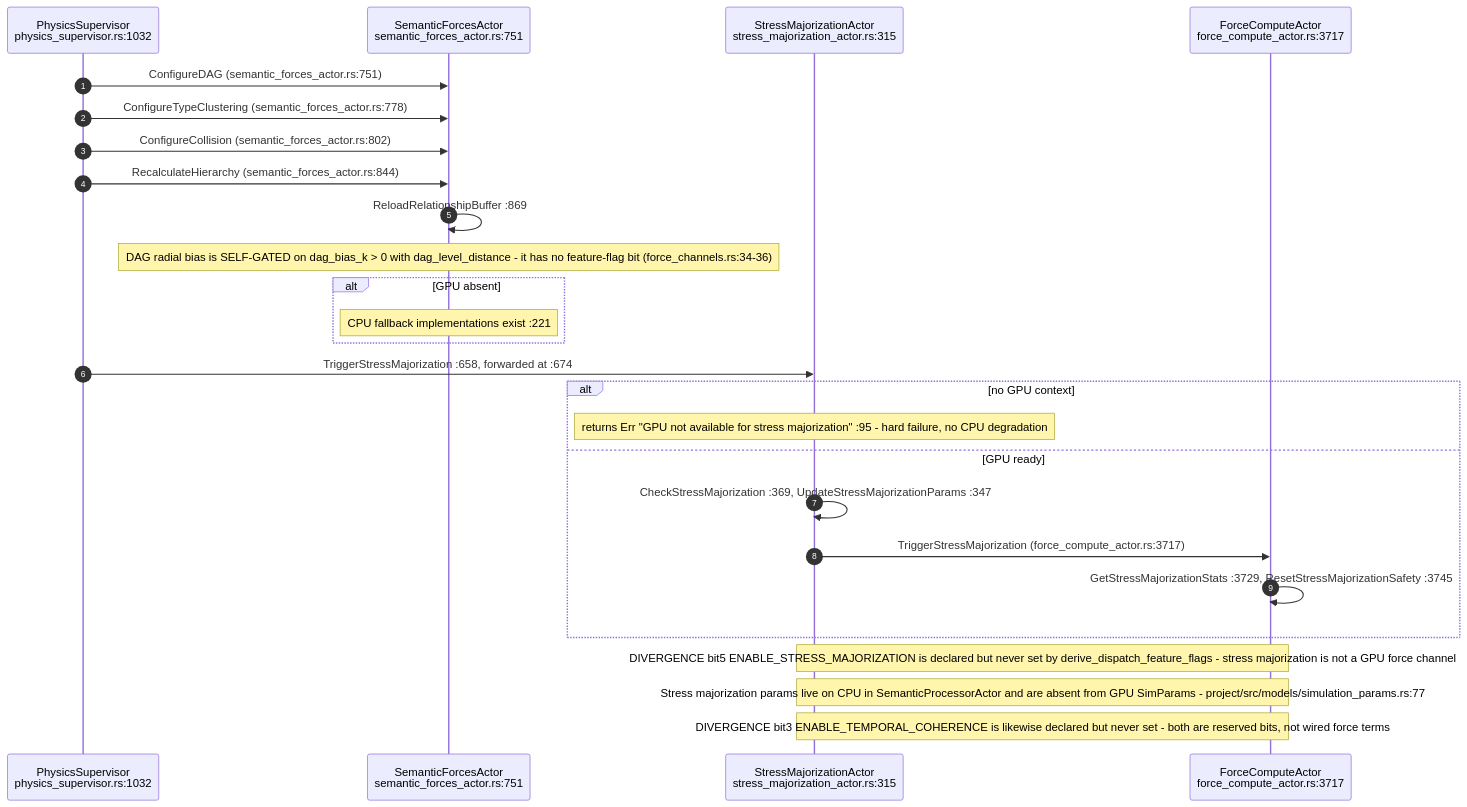
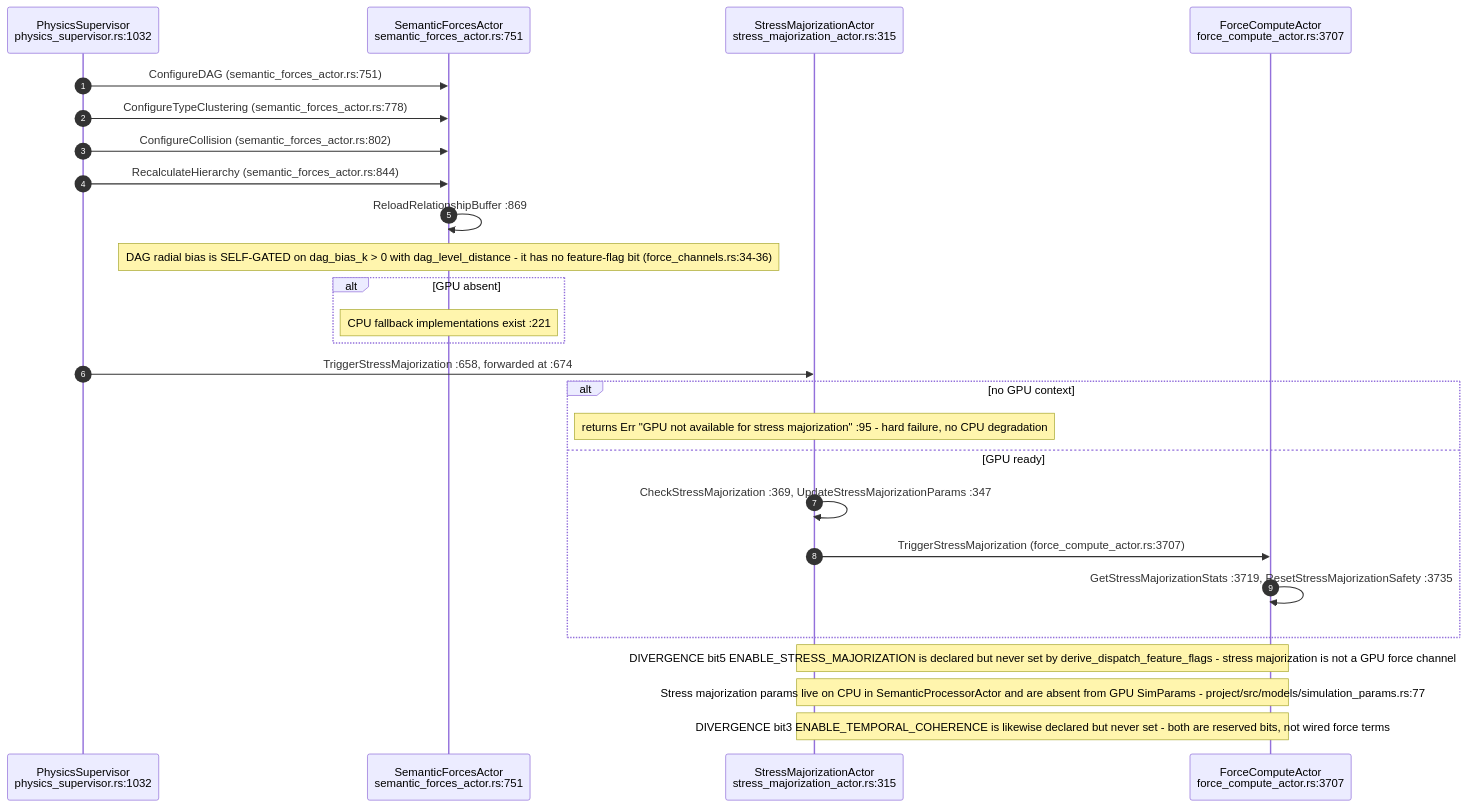
Before and after one commit to DreamLab-AI/VisionFlow: the sixth of 8 diagrams in docs/diagrams/visionclaw/11-physics-step-and-force-channels.md, drawn with Mermaid. The commit also changed other lines of this file and 31 other files, not shown here.

````diff
--- a/docs/diagrams/visionclaw/11-physics-step-and-force-channels.md
+++ b/docs/diagrams/visionclaw/11-physics-step-and-force-channels.md
@@ -215,29 +215,29 @@
 ```mermaid
 sequenceDiagram
     autonumber
     participant PS as PhysicsSupervisor<br/>physics_supervisor.rs:1032
     participant SFA as SemanticForcesActor<br/>semantic_forces_actor.rs:751
     participant SMA as StressMajorizationActor<br/>stress_majorization_actor.rs:315
-    participant FCA as ForceComputeActor<br/>force_compute_actor.rs:3717
+    participant FCA as ForceComputeActor<br/>force_compute_actor.rs:3707
 
     PS->>SFA: ConfigureDAG (semantic_forces_actor.rs:751)
     PS->>SFA: ConfigureTypeClustering (semantic_forces_actor.rs:778)
     PS->>SFA: ConfigureCollision (semantic_forces_actor.rs:802)
     PS->>SFA: RecalculateHierarchy (semantic_forces_actor.rs:844)
     SFA->>SFA: ReloadRelationshipBuffer :869
     Note over SFA: DAG radial bias is SELF-GATED on dag_bias_k > 0 with dag_level_distance - it has no feature-flag bit (force_channels.rs:34-36)
     alt GPU absent
         Note over SFA: CPU fallback implementations exist :221
     end
     PS->>SMA: TriggerStressMajorization :658, forwarded at :674
     alt no GPU context
         Note over SMA: returns Err "GPU not available for stress majorization" :95 - hard failure, no CPU degradation
     else GPU ready
         SMA->>SMA: CheckStressMajorization :369, UpdateStressMajorizationParams :347
-        SMA->>FCA: TriggerStressMajorization (force_compute_actor.rs:3717)
-        FCA->>FCA: GetStressMajorizationStats :3729, ResetStressMajorizationSafety :3745
+        SMA->>FCA: TriggerStressMajorization (force_compute_actor.rs:3707)
+        FCA->>FCA: GetStressMajorizationStats :3719, ResetStressMajorizationSafety :3735
     end
     Note over SMA,FCA: DIVERGENCE bit5 ENABLE_STRESS_MAJORIZATION is declared but never set by derive_dispatch_feature_flags - stress majorization is not a GPU force channel
     Note over SMA,FCA: Stress majorization params live on CPU in SemanticProcessorActor and are absent from GPU SimParams - project/src/models/simulation_params.rs:77
     Note over SMA,FCA: DIVERGENCE bit3 ENABLE_TEMPORAL_COHERENCE is likewise declared but never set - both are reserved bits, not wired force terms
 ```
````
